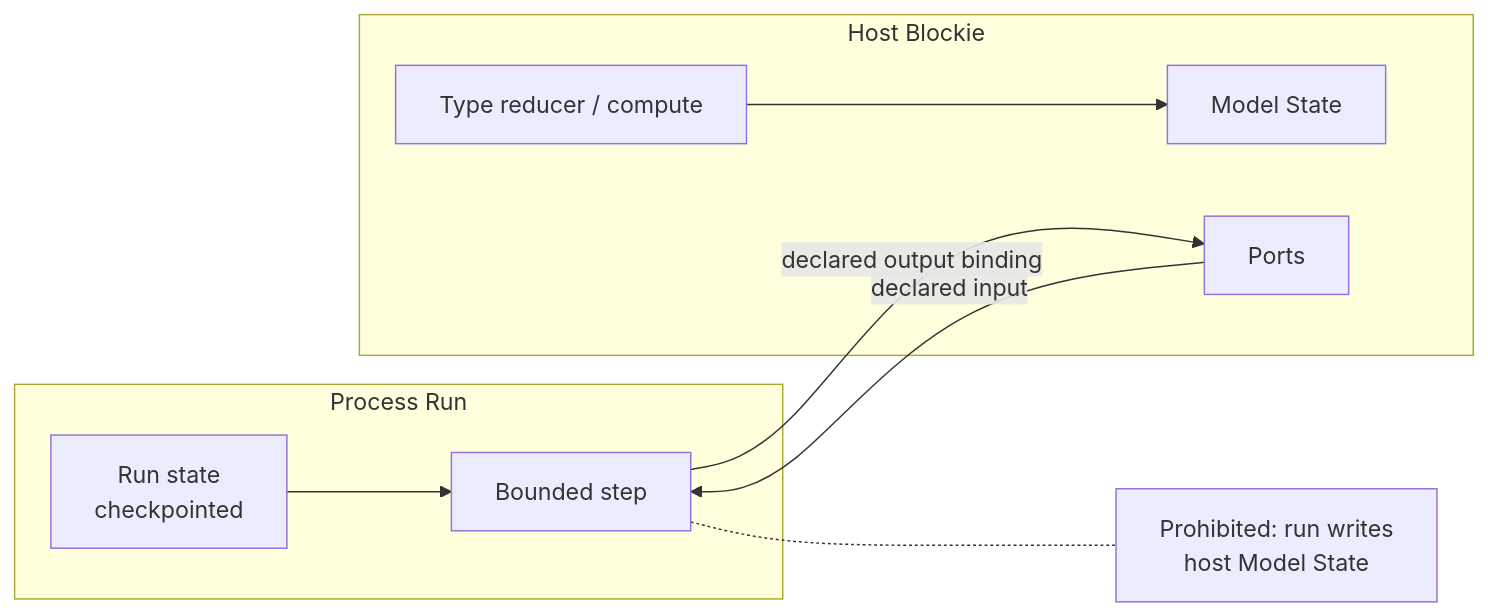
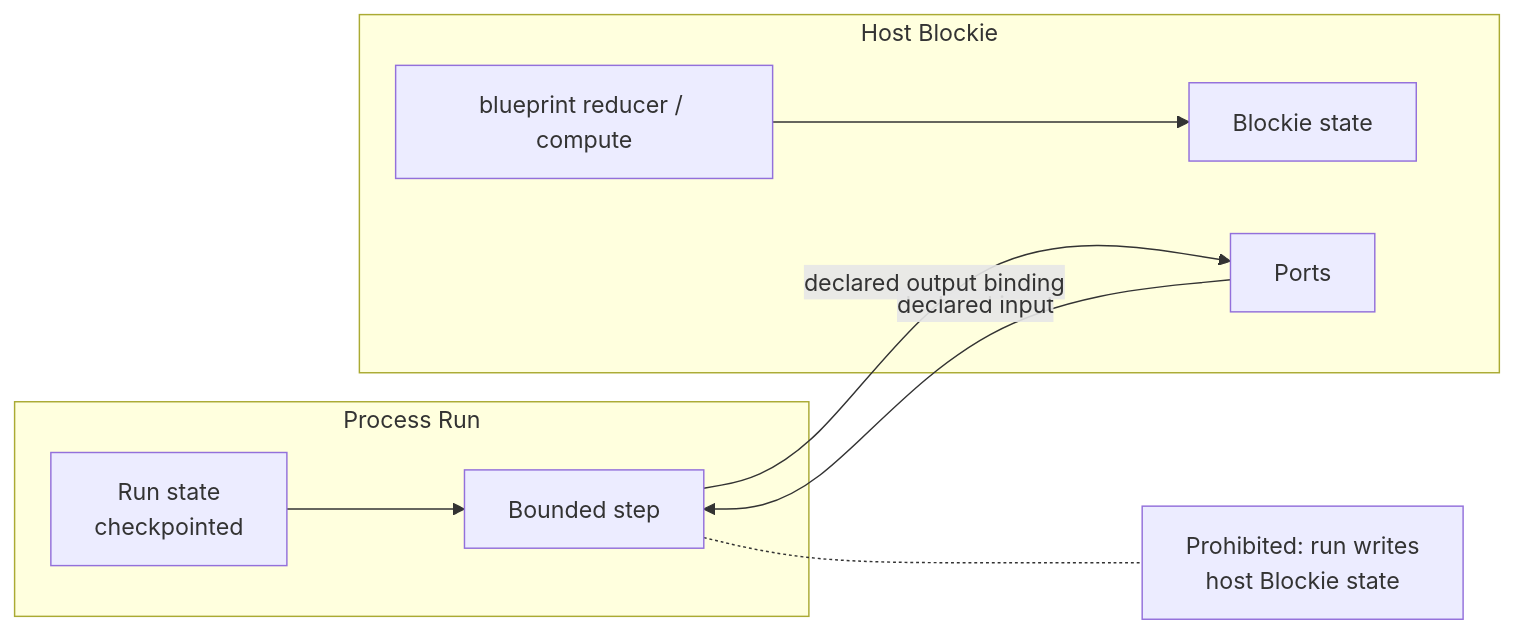
Before and after one commit to blockieslabs/docs: the third of 29 diagrams in architecture/decision-diagrams.md, drawn with Mermaid. The commit also changed other lines of this file and 20 other files, not shown here.

First line of the commit message:
docs: rename the vocabulary to Blueprint, value type, appearance, Blockie state

````diff
--- a/architecture/decision-diagrams.md
+++ b/architecture/decision-diagrams.md
@@ -91,18 +91,18 @@
 ```mermaid
 flowchart LR
     subgraph R["Process Run"]
         RS["Run state<br/>checkpointed"]
         RB["Bounded step"]
         RS --> RB
     end
     subgraph H["Host Blockie"]
-        HS["Model State"]
-        HR["Type reducer / compute"]
+        HS["Blockie state"]
+        HR["blueprint reducer / compute"]
         HP["Ports"]
         HR --> HS
     end
     HP -- "declared input" --> RB
     RB -- "declared output binding" --> HP
-    N["Prohibited: run writes<br/>host Model State"]
+    N["Prohibited: run writes<br/>host Blockie state"]
     RB -.- N
 ```
````
